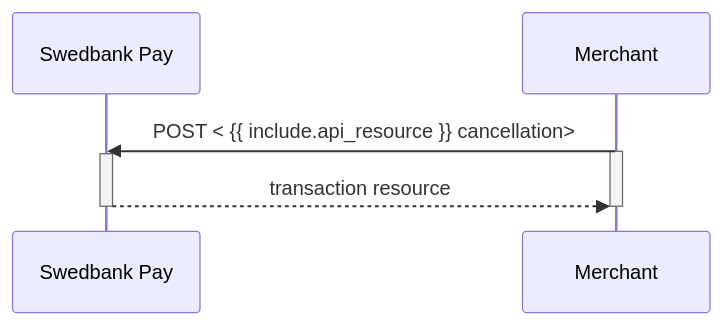
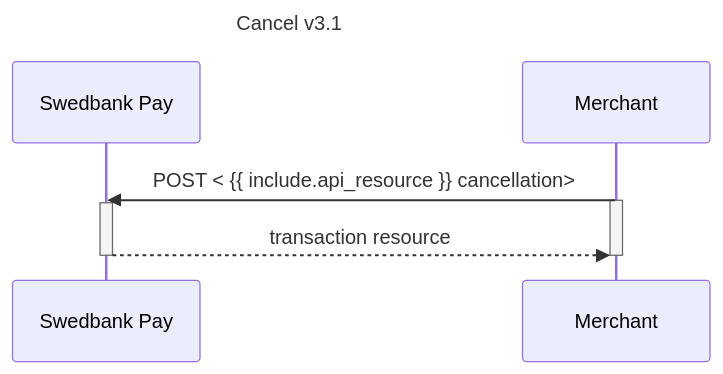
Before and after one commit to SwedbankPay/developer.swedbankpay.com: the diagram in _includes/payment-order-cancel-3-1.md, drawn with Mermaid. The commit also changed 66 other files, not shown here.

Commit message:
Added titles in sequence diagrams

````diff
--- a/_includes/payment-order-cancel-3-1.md
+++ b/_includes/payment-order-cancel-3-1.md
@@ -493,11 +493,12 @@
 ```mermaid
 sequenceDiagram
+title: Cancel v3.1
     participant SwedbankPay as Swedbank Pay
 
     Merchant->>SwedbankPay: POST < {{ include.api_resource }} cancellation>
     activate Merchant
     activate SwedbankPay
     SwedbankPay-->>Merchant: transaction resource
     deactivate SwedbankPay
     deactivate Merchant
 ```
````
